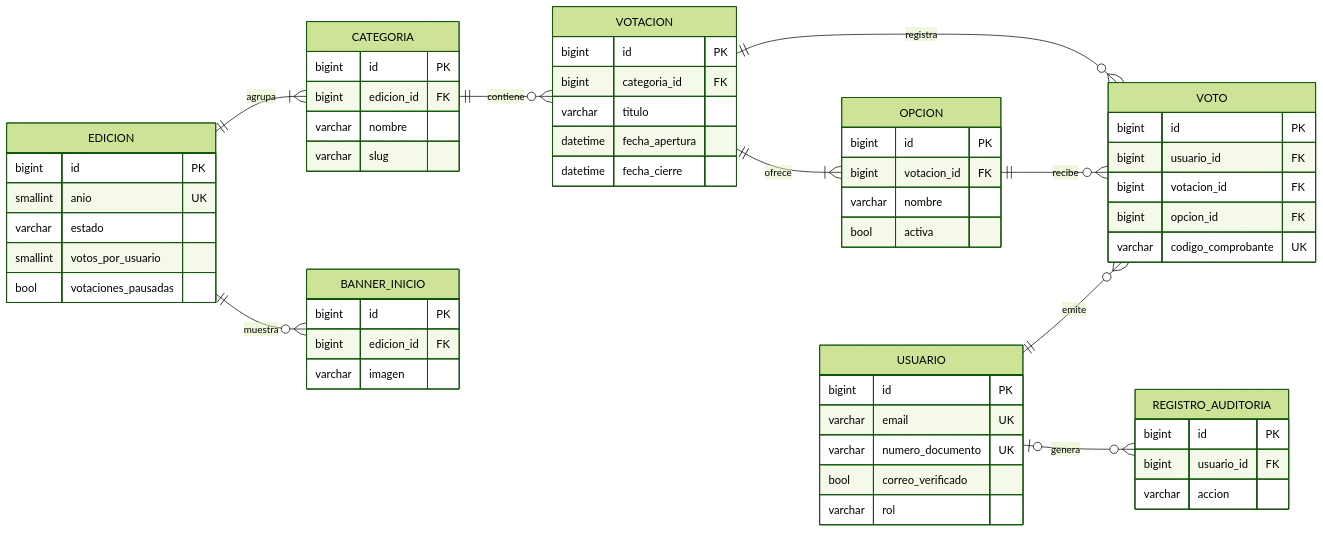
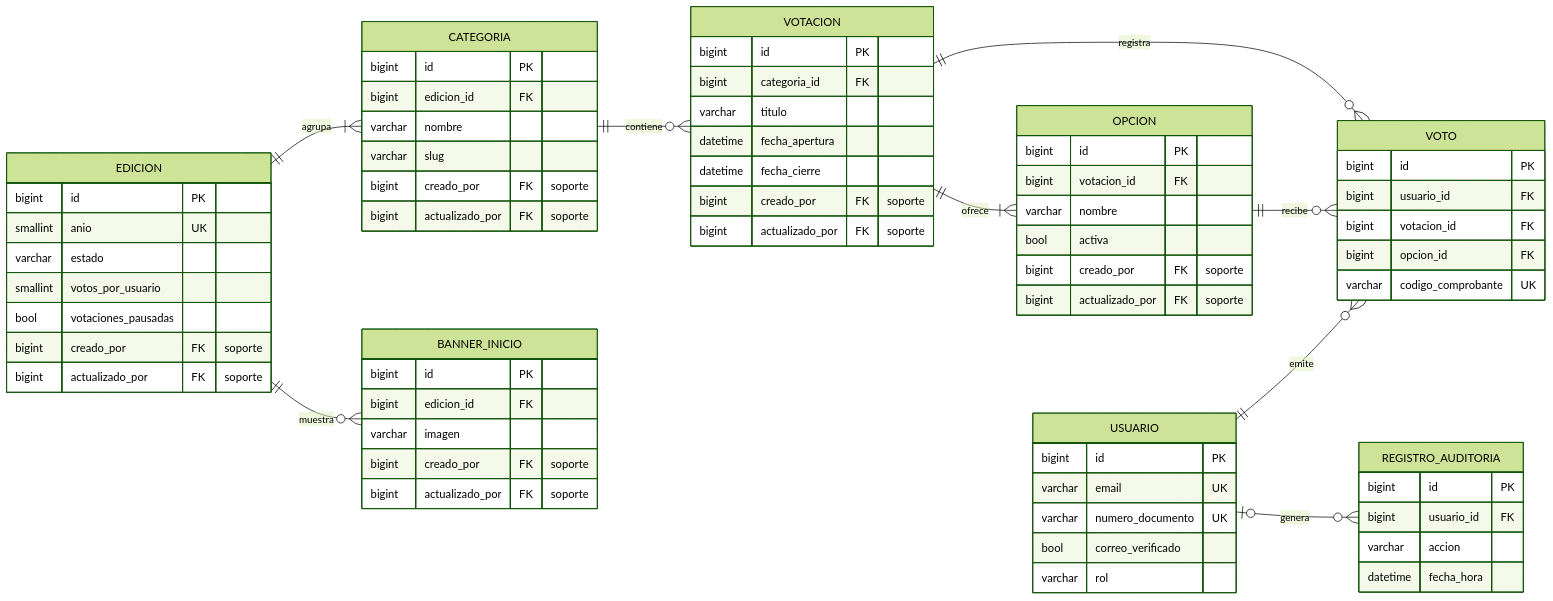
The diagram in docs/diagramas/datos/entidad-relacion.mmd (juandiegows/votaciones-festival-vallenato), drawn with Mermaid (forest theme) before and after one commit. The commit also changed 3 other files, not shown here.

```diff
--- a/docs/diagramas/datos/entidad-relacion.mmd
+++ b/docs/diagramas/datos/entidad-relacion.mmd
@@ -1,60 +1,71 @@
 erDiagram
     direction LR
     EDICION ||--|{ CATEGORIA : agrupa
     EDICION ||--o{ BANNER_INICIO : muestra
     CATEGORIA ||--o{ VOTACION : contiene
     VOTACION ||--|{ OPCION : ofrece
     VOTACION ||--o{ VOTO : registra
     OPCION ||--o{ VOTO : recibe
     USUARIO ||--o{ VOTO : emite
     USUARIO |o--o{ REGISTRO_AUDITORIA : genera
     EDICION {
         bigint id PK
         smallint anio UK
         varchar estado
         smallint votos_por_usuario
         bool votaciones_pausadas
+        bigint creado_por FK "soporte"
+        bigint actualizado_por FK "soporte"
     }
     CATEGORIA {
         bigint id PK
         bigint edicion_id FK
         varchar nombre
         varchar slug
+        bigint creado_por FK "soporte"
+        bigint actualizado_por FK "soporte"
     }
     VOTACION {
         bigint id PK
         bigint categoria_id FK
         varchar titulo
         datetime fecha_apertura
         datetime fecha_cierre
+        bigint creado_por FK "soporte"
+        bigint actualizado_por FK "soporte"
     }
     OPCION {
         bigint id PK
         bigint votacion_id FK
         varchar nombre
         bool activa
+        bigint creado_por FK "soporte"
+        bigint actualizado_por FK "soporte"
     }
     USUARIO {
         bigint id PK
         varchar email UK
         varchar numero_documento UK
         bool correo_verificado
         varchar rol
     }
     VOTO {
         bigint id PK
         bigint usuario_id FK
         bigint votacion_id FK
         bigint opcion_id FK
         varchar codigo_comprobante UK
     }
     REGISTRO_AUDITORIA {
         bigint id PK
         bigint usuario_id FK
         varchar accion
+        datetime fecha_hora
     }
     BANNER_INICIO {
         bigint id PK
         bigint edicion_id FK
         varchar imagen
+        bigint creado_por FK "soporte"
+        bigint actualizado_por FK "soporte"
     }
```
